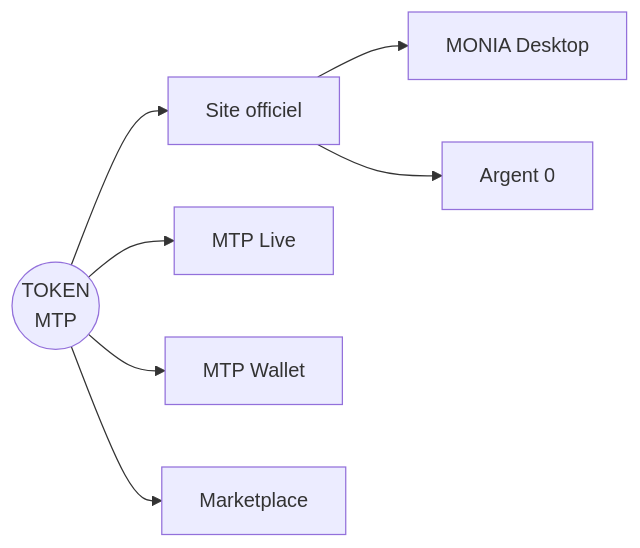
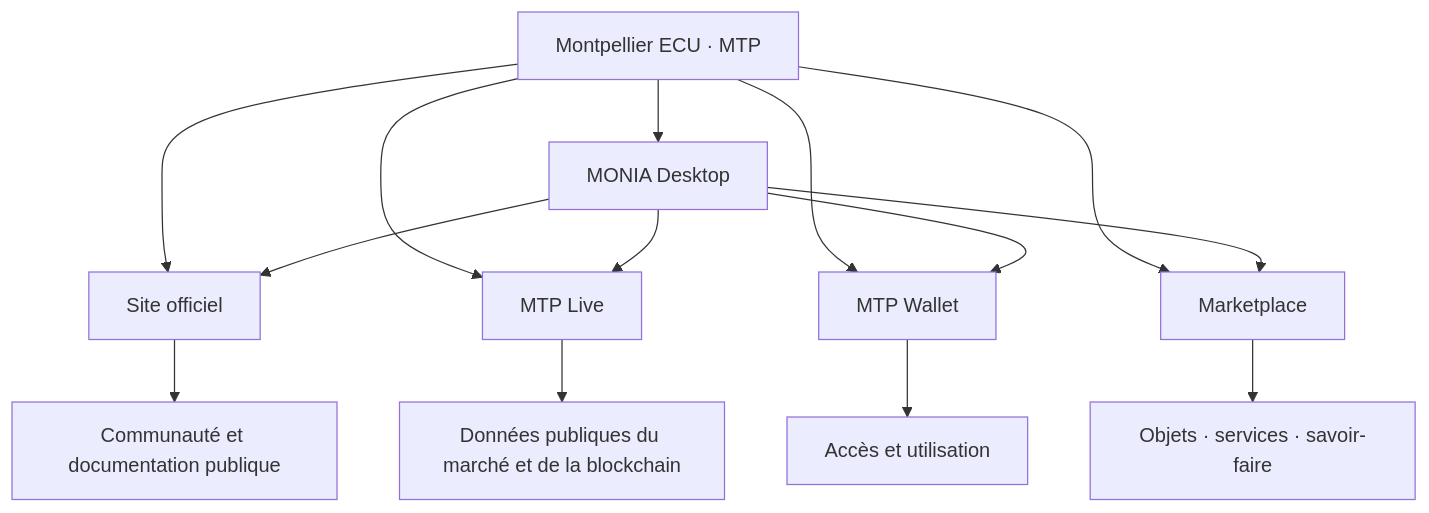
The diagram in README_FR.md (jedi566666/MontpellierECU), drawn with Mermaid before and after one commit. The commit also changed other lines of this file and 1 other file, not shown here.

Commit message:
Publish MTP GitHub Premium V2

````diff
--- a/README_FR.md
+++ b/README_FR.md
@@ -47,17 +115,16 @@
 ```mermaid
-flowchart LR
-    MTP((TOKEN<br/>MTP))
-    SITE[Site officiel]
-    LIVE[MTP Live]
-    WALLET[MTP Wallet]
-    MARKET[Marketplace]
-    MONIA[MONIA Desktop]
-    ZERO[Argent 0]
-
-    MTP --> SITE
-    MTP --> LIVE
-    MTP --> WALLET
-    MTP --> MARKET
-    SITE --> MONIA
-    SITE --> ZERO
+flowchart TD
+    MTP["Montpellier ECU · MTP"] --> SITE["Site officiel"]
+    MTP --> LIVE["MTP Live"]
+    MTP --> WALLET["MTP Wallet"]
+    MTP --> MARKET["Marketplace"]
+    MTP --> MONIA["MONIA Desktop"]
+    SITE --> COMMUNITY["Communauté et documentation publique"]
+    LIVE --> DATA["Données publiques du marché et de la blockchain"]
+    WALLET --> USE["Accès et utilisation"]
+    MARKET --> ECONOMY["Objets · services · savoir-faire"]
+    MONIA --> SITE
+    MONIA --> LIVE
+    MONIA --> WALLET
+    MONIA --> MARKET
 ```
````
